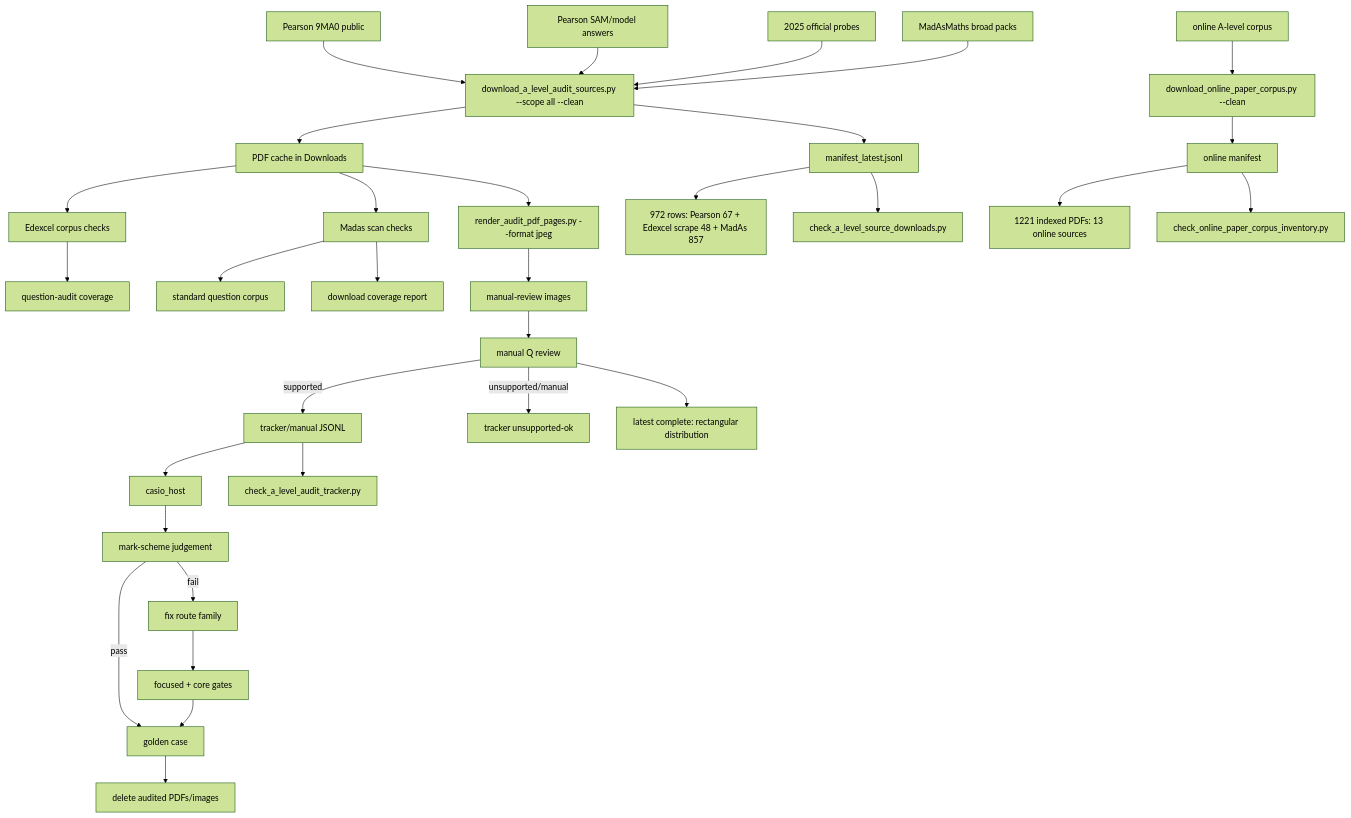
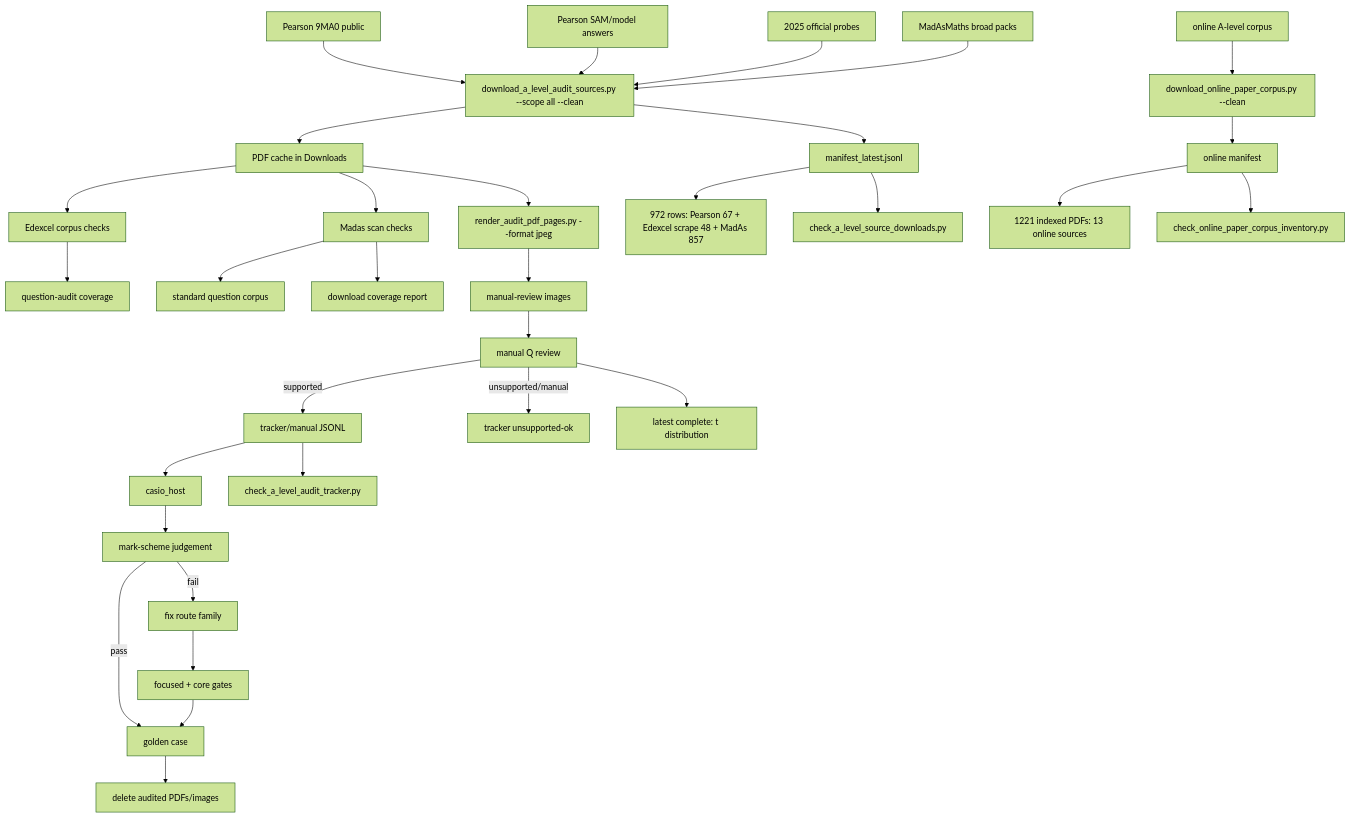
One commit to james8464/notes-addin-casio-fx-cg50 changed the diagram in c++/tools/golden/a_level_audit_graph.md. Above: the diagram before and after it, drawn with Mermaid (forest theme). The commit also changed other lines of this file and 2 other files, not shown here.

Commit message:
Audit t distribution booklet

````diff
--- a/c++/tools/golden/a_level_audit_graph.md
+++ b/c++/tools/golden/a_level_audit_graph.md
@@ -3,34 +3,34 @@
 ```mermaid
 graph TD
   E1["Pearson 9MA0 public"] --> D["download_a_level_audit_sources.py --scope all --clean"]
   E2["Pearson SAM/model answers"] --> D
   E3["2025 official probes"] --> D
   M1["MadAsMaths broad packs"] --> D
   O1["online A-level corpus"] --> OD["download_online_paper_corpus.py --clean"]
   D --> P["PDF cache in Downloads"]
   D --> X["manifest_latest.jsonl"]
   OD --> OX["online manifest"]
   X --> XC["972 rows: Pearson 67 + Edexcel scrape 48 + MadAs 857"]
   OX --> OC["1221 indexed PDFs: 13 online sources"]
   X --> V["check_a_level_source_downloads.py"]
   OX --> OV["check_online_paper_corpus_inventory.py"]
   P --> E["Edexcel corpus checks"]
   E --> EQ["question-audit coverage"]
   P --> S["Madas scan checks"]
   S --> M["standard question corpus"]
   S --> MC["download coverage report"]
   P --> R["render_audit_pdf_pages.py --format jpeg"]
   R --> I["manual-review images"]
   I --> Q["manual Q review"]
   Q -->|supported| J["tracker/manual JSONL"]
   Q -->|unsupported/manual| U["tracker unsupported-ok"]
   J --> H["casio_host"]
   J --> K["check_a_level_audit_tracker.py"]
   H --> C["mark-scheme judgement"]
   C -->|pass| G["golden case"]
   C -->|fail| F["fix route family"]
   F --> T["focused + core gates"]
   T --> G
   G --> Z["delete audited PDFs/images"]
-  Q --> QRect["latest complete: rectangular distribution"]
+  Q --> Qt["latest complete: t distribution"]
 ```
````
